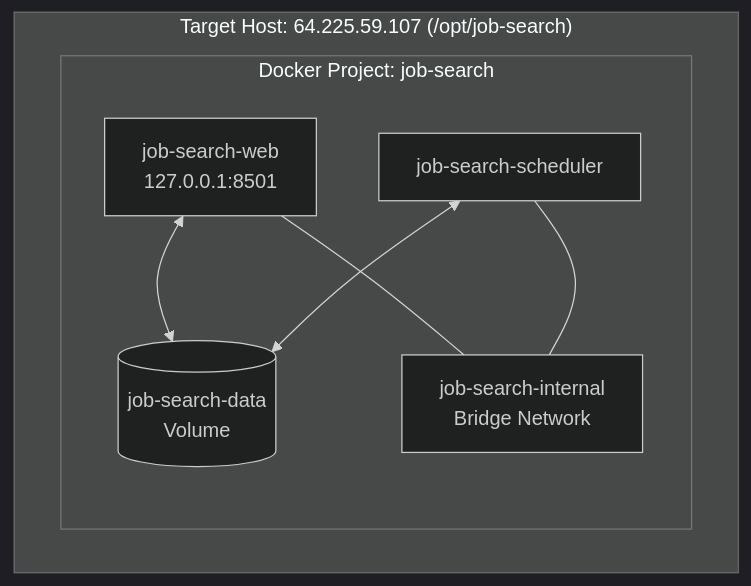
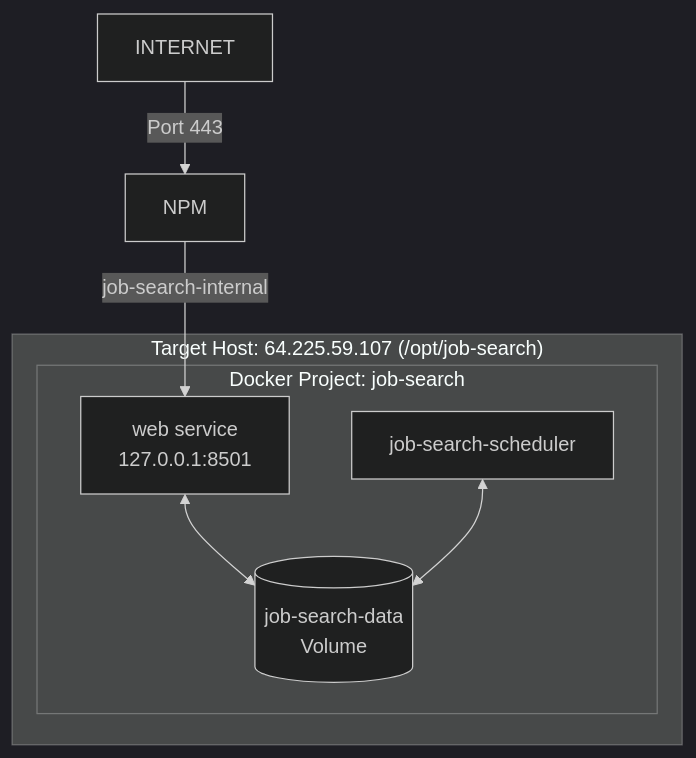
Before and after one commit to MrGr33n98/jobs-search: the diagram in docs/deployment/PRODUCTION_ARCHITECTURE.md, drawn with Mermaid (dark theme). The commit also changed other lines of this file and 16 other files, not shown here.

````diff
--- a/docs/deployment/PRODUCTION_ARCHITECTURE.md
+++ b/docs/deployment/PRODUCTION_ARCHITECTURE.md
@@ -5,16 +5,15 @@
 ```mermaid
 graph TD
     subgraph "Target Host: 64.225.59.107 (/opt/job-search)"
         subgraph "Docker Project: job-search"
-            WEB[job-search-web <br/> 127.0.0.1:8501]
+            WEB[web service <br/> 127.0.0.1:8501]
             SCHED[job-search-scheduler]
             VOL[(job-search-data <br/> Volume)]
-            NET[job-search-internal <br/> Bridge Network]
         end
     end
 
     WEB <--> VOL
     SCHED <--> VOL
-    WEB --- NET
-    SCHED --- NET
+    INTERNET -->|Port 443| NPM
+    NPM -->|job-search-internal| WEB
 ```
````
